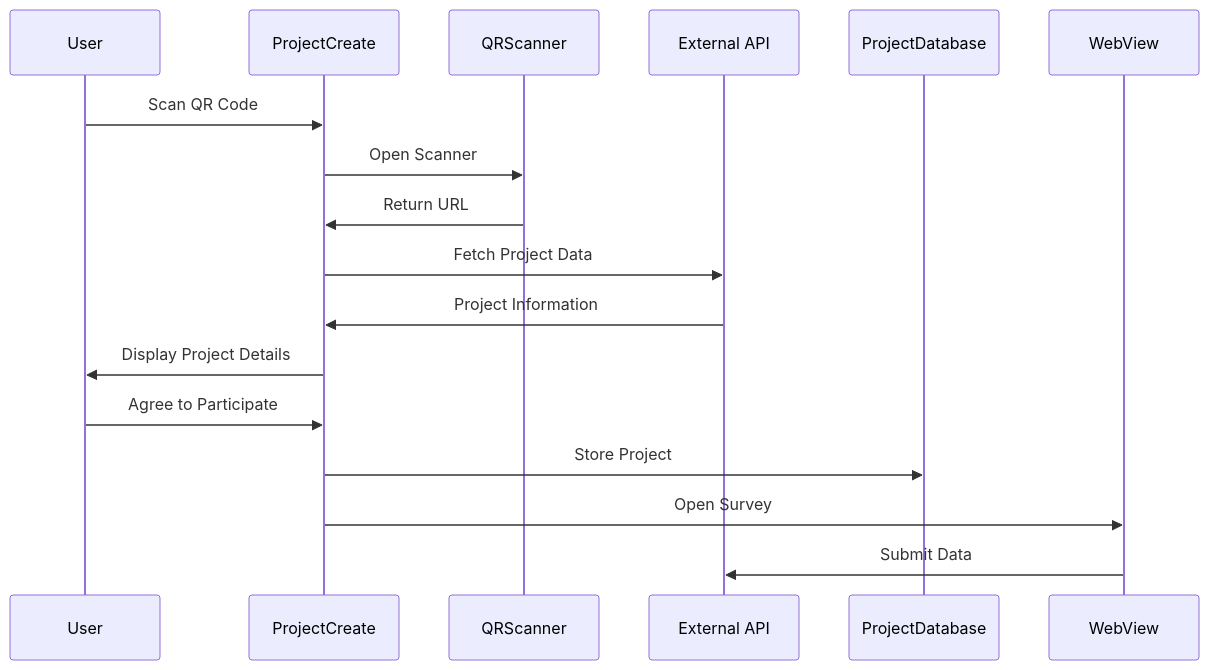
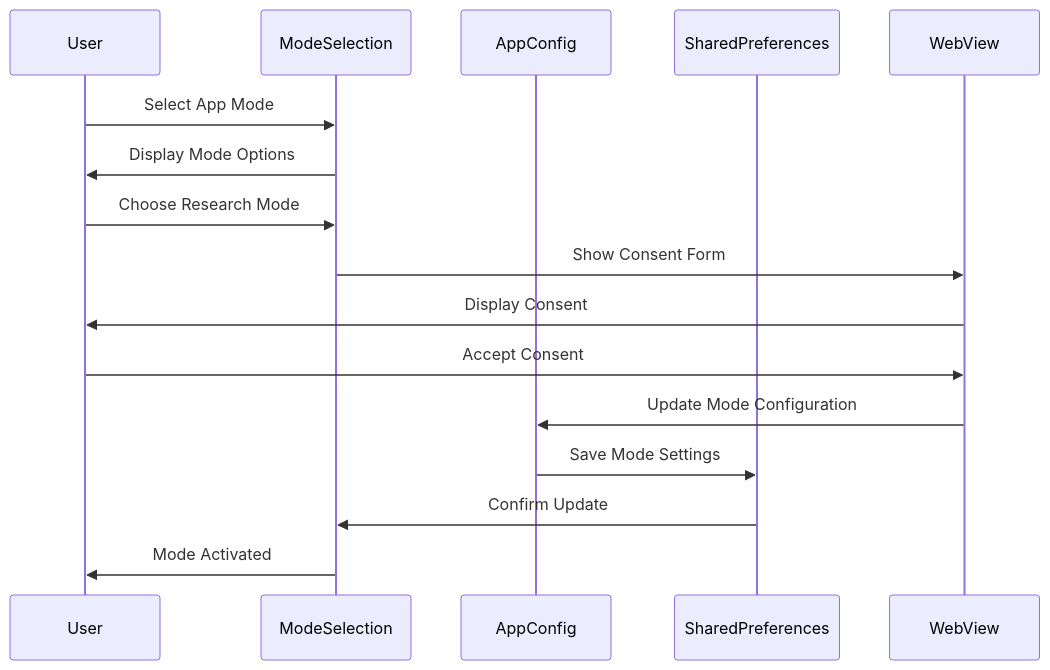
The third of 7 diagrams in docs/ARCHITECTURE.md (ActivitySpaceLab/gauteng-wellbeing-mapper-app), drawn with Mermaid before and after one commit. The commit also changed other lines of this file and 5 other files, not shown here.

````diff
--- a/docs/ARCHITECTURE.md
+++ b/docs/ARCHITECTURE.md
@@ -211,20 +210,19 @@
 ```mermaid
 sequenceDiagram
     participant U as User
-    participant PC as ProjectCreate
-    participant QR as QRScanner
-    participant API as External API
-    participant DB as ProjectDatabase
+    participant MS as ModeSelection
+    participant Config as AppConfig
+    participant Prefs as SharedPreferences
     participant WV as WebView
     
-    U->>PC: Scan QR Code
-    PC->>QR: Open Scanner
-    QR->>PC: Return URL
-    PC->>API: Fetch Project Data
-    API->>PC: Project Information
-    PC->>U: Display Project Details
-    U->>PC: Agree to Participate
-    PC->>DB: Store Project
-    PC->>WV: Open Survey
-    WV->>API: Submit Data
+    U->>MS: Select App Mode
+    MS->>U: Display Mode Options
+    U->>MS: Choose Research Mode
+    MS->>WV: Show Consent Form
+    WV->>U: Display Consent
+    U->>WV: Accept Consent
+    WV->>Config: Update Mode Configuration
+    Config->>Prefs: Save Mode Settings
+    Prefs->>MS: Confirm Update
+    MS->>U: Mode Activated
 ```
````
